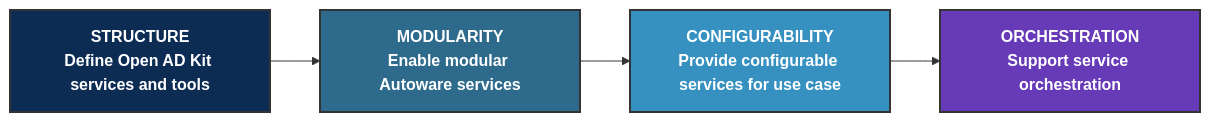
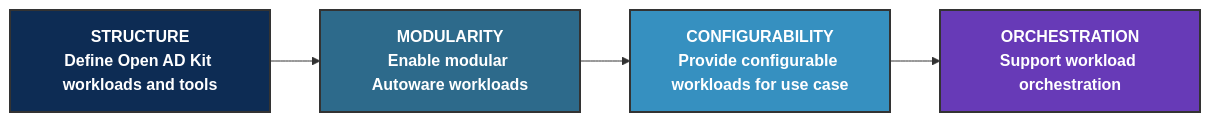
One commit to oguzkaganozt/openadkit changed the diagram in README.md. Above: the diagram before and after it, drawn with Mermaid. The commit also changed other lines of this file, not shown here.

Commit message:
Update README to reflect 'Workloads' terminology

````diff
--- a/README.md
+++ b/README.md
@@ -67,19 +67,19 @@
 ```mermaid
 graph LR
-    A[STRUCTURE<br/>Define Open AD Kit services and tools]
-    B[MODULARITY<br/>Enable modular Autoware services]
-    C[CONFIGURABILITY<br/>Provide configurable services for use case]
-    D[ORCHESTRATION<br/>Support service orchestration]
+    A[STRUCTURE<br/>Define Open AD Kit workloads and tools]
+    B[MODULARITY<br/>Enable modular Autoware workloads]
+    C[CONFIGURABILITY<br/>Provide configurable workloads for use case]
+    D[ORCHESTRATION<br/>Support workload orchestration]
 
     A --> B --> C --> D;
 
     classDef p1 fill:#0d2c54,stroke:#333,stroke-width:2px,color:#fff,font-weight:bold;
     classDef p2 fill:#2d6a8b,stroke:#333,stroke-width:2px,color:#fff,font-weight:bold;
     classDef p3 fill:#3690c0,stroke:#333,stroke-width:2px,color:#fff,font-weight:bold;
     classDef p4 fill:#673ab7,stroke:#333,stroke-width:2px,color:#fff,font-weight:bold;
 
     class A p1;
     class B p2;
     class C p3;
     class D p4;
 ```
````
